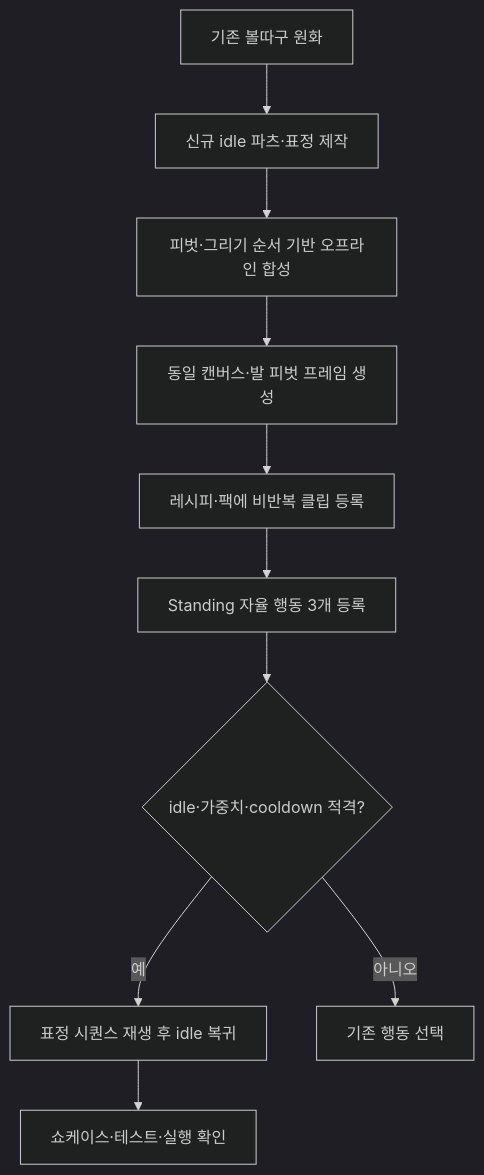
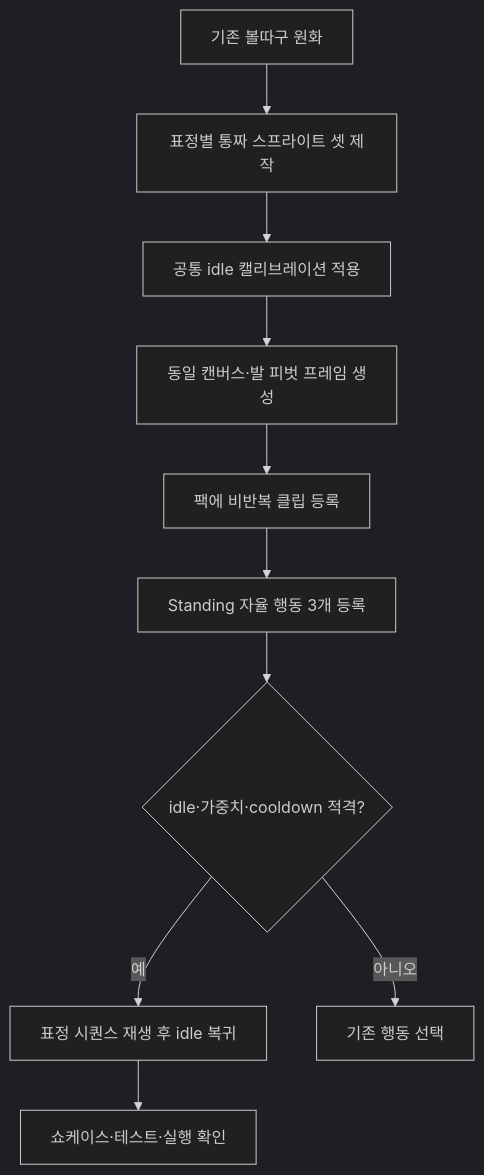
One commit to JJHbrams/win-overlay changed the diagram in docs/design/render/0012-idle-expression-variants/05-파이프라인-flowchart.mmd. Above: the diagram before and after it, drawn with Mermaid (dark theme). The commit also changed 62 other files, not shown here.

```diff
--- a/docs/design/render/0012-idle-expression-variants/05-파이프라인-flowchart.mmd
+++ b/docs/design/render/0012-idle-expression-variants/05-파이프라인-flowchart.mmd
@@ -1,10 +1,10 @@
 flowchart TD
-  A["기존 볼따구 원화"] --> B["신규 idle 파츠·표정 제작"]
-  B --> C["피벗·그리기 순서 기반 오프라인 합성"]
+  A["기존 볼따구 원화"] --> B["표정별 통짜 스프라이트 셋 제작"]
+  B --> C["공통 idle 캘리브레이션 적용"]
   C --> C2["동일 캔버스·발 피벗 프레임 생성"]
-  C2 --> D["레시피·팩에 비반복 클립 등록"]
+  C2 --> D["팩에 비반복 클립 등록"]
   D --> E["Standing 자율 행동 3개 등록"]
   E --> F{"idle·가중치·cooldown 적격?"}
   F -->|예| G["표정 시퀀스 재생 후 idle 복귀"]
   F -->|아니오| H["기존 행동 선택"]
   G --> I["쇼케이스·테스트·실행 확인"]
```
